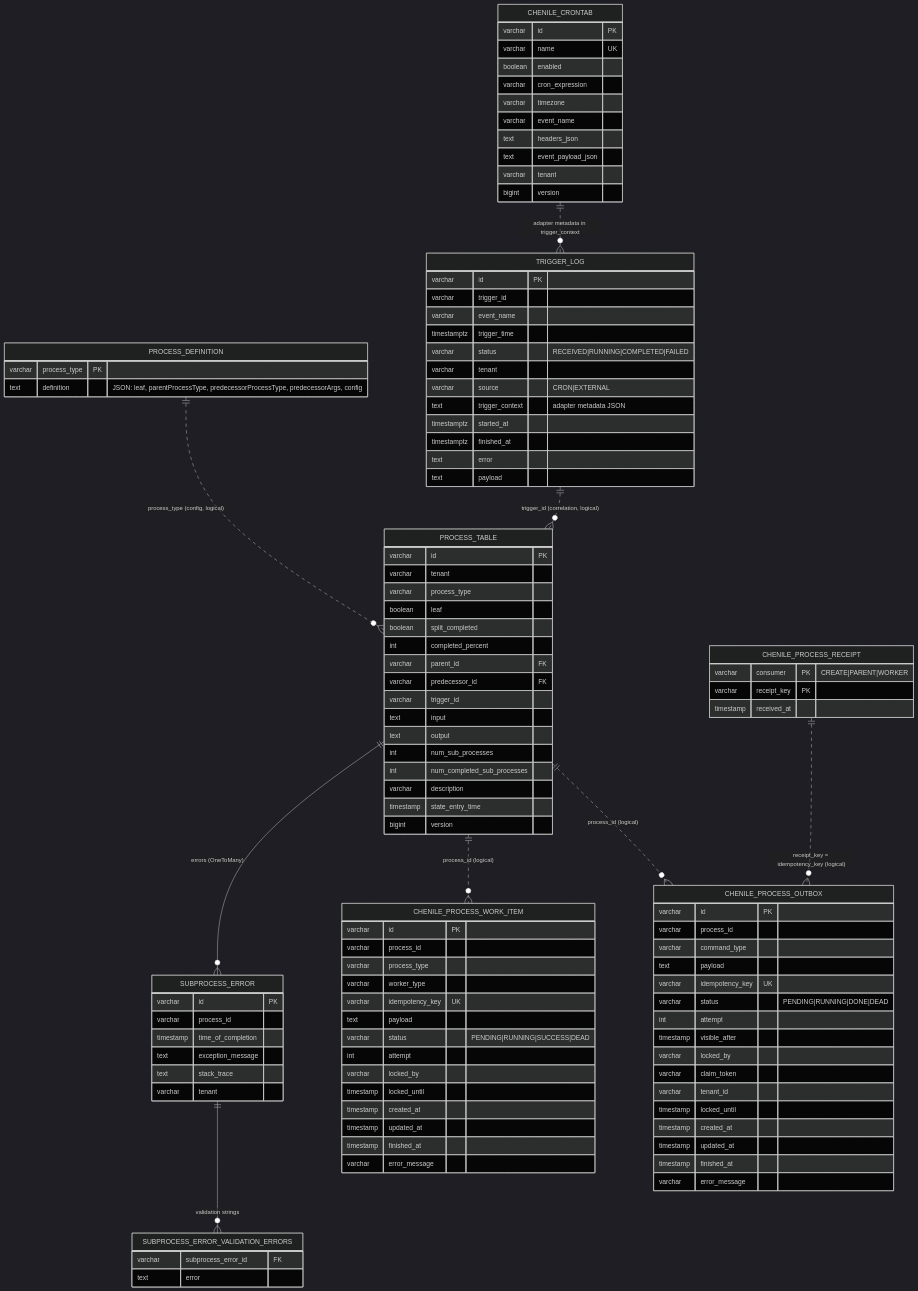
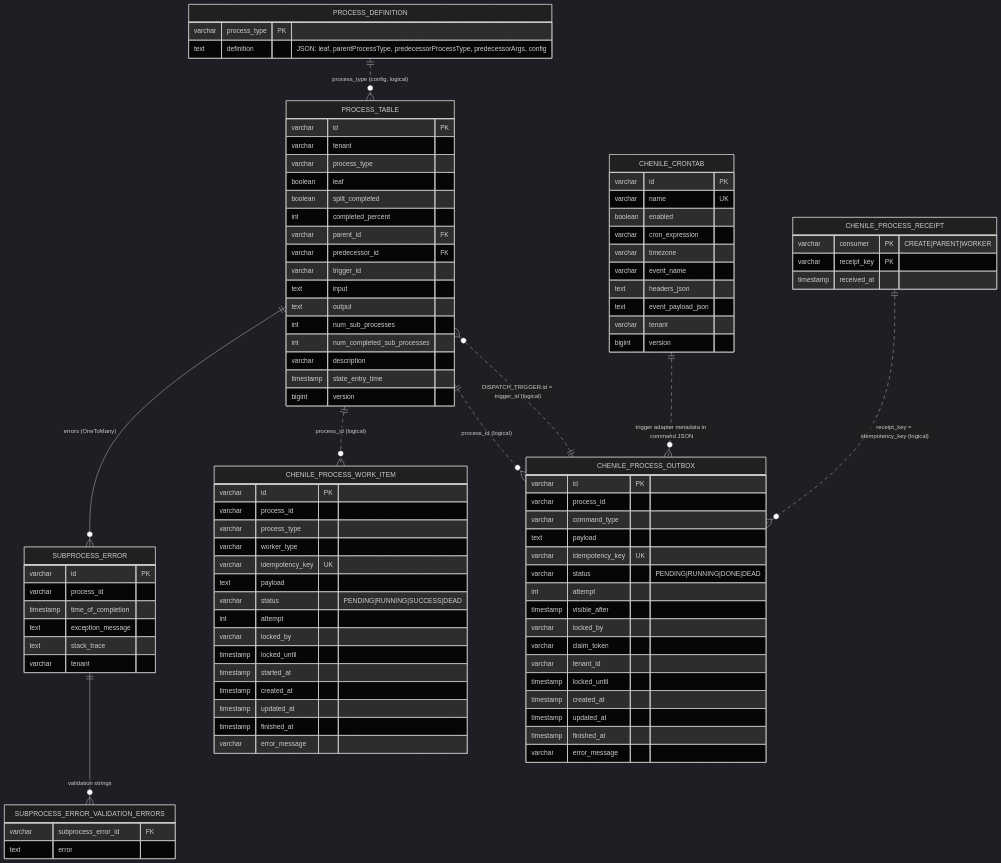
One commit to ajapros/chenile-process-management changed the second of 2 diagrams in docs/process-management-diagrams.md. Above: the diagram before and after it, drawn with Mermaid (dark theme). The commit also changed other lines of this file and 98 other files, not shown here.

First line of the commit message:
Unify trigger acceptance and execution in the shared outbox

```diff
--- a/docs/process-management-diagrams.md
+++ b/docs/process-management-diagrams.md
@@ -93,8 +94,8 @@
     PROCESS_TABLE ||--o{ SUBPROCESS_ERROR : "errors (OneToMany)"
     SUBPROCESS_ERROR ||--o{ SUBPROCESS_ERROR_VALIDATION_ERRORS : "validation strings"
     PROCESS_DEFINITION ||..o{ PROCESS_TABLE : "process_type (config, logical)"
-    CHENILE_CRONTAB ||..o{ TRIGGER_LOG : "adapter metadata in trigger_context"
-    TRIGGER_LOG ||..o{ PROCESS_TABLE : "trigger_id (correlation, logical)"
+    CHENILE_CRONTAB ||..o{ CHENILE_PROCESS_OUTBOX : "trigger adapter metadata in command JSON"
+    CHENILE_PROCESS_OUTBOX ||..o{ PROCESS_TABLE : "DISPATCH_TRIGGER.id = trigger_id (logical)"
     PROCESS_TABLE ||..o{ CHENILE_PROCESS_WORK_ITEM : "process_id (logical)"
     PROCESS_TABLE ||..o{ CHENILE_PROCESS_OUTBOX : "process_id (logical)"
     CHENILE_PROCESS_RECEIPT || ..o{ CHENILE_PROCESS_OUTBOX : "receipt_key = idempotency_key (logical)"
@@ -137,21 +138,6 @@
         text definition "JSON: leaf, parentProcessType, predecessorProcessType, predecessorArgs, config"
     }
 
-    TRIGGER_LOG {
-        varchar id PK
-        varchar trigger_id
-        varchar event_name
-        timestamptz trigger_time
-        varchar status "RECEIVED|RUNNING|COMPLETED|FAILED"
-        varchar tenant
-        varchar source "CRON|EXTERNAL"
-        text trigger_context "adapter metadata JSON"
-        timestamptz started_at
-        timestamptz finished_at
-        text error
-        text payload
-    }
-
     CHENILE_CRONTAB {
         varchar id PK
         varchar name UK
@@ -176,6 +162,7 @@
         int attempt
         varchar locked_by
         timestamp locked_until
+        timestamp started_at
         timestamp created_at
         timestamp updated_at
         timestamp finished_at
```
